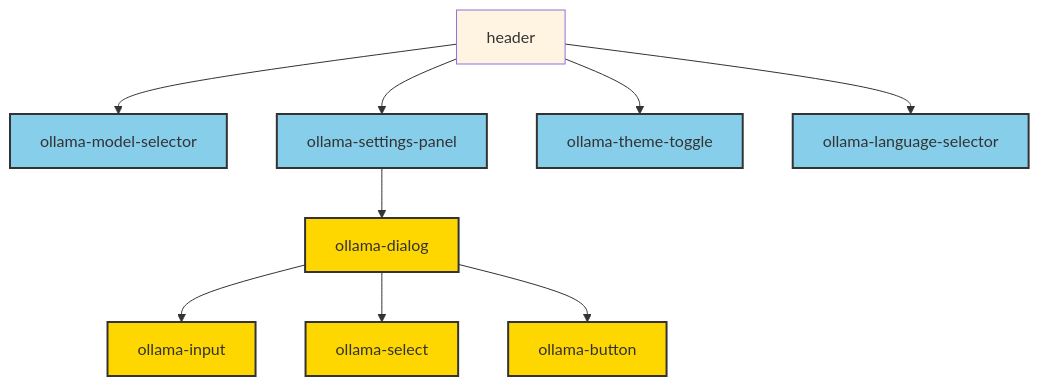
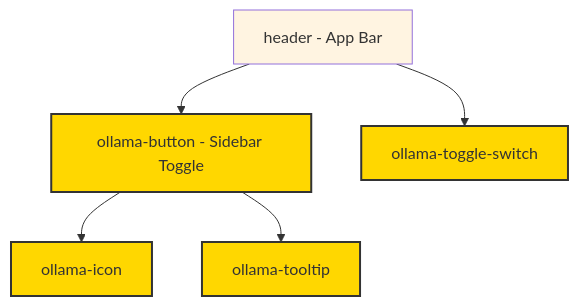
Before and after one commit to Gr8Gatsby/ollama-chat: the second of 10 diagrams in docs/development.md, drawn with Mermaid. The commit also changed other lines of this file and 12 other files, not shown here.

````diff
--- a/docs/development.md
+++ b/docs/development.md
@@ -111,20 +120,14 @@
 ```mermaid
 graph TD
-    B[header] --> B1[ollama-model-selector]
-    B --> B2[ollama-settings-panel]
-    B --> B3[ollama-theme-toggle]
-    B --> B4[ollama-language-selector]
-    
-    B2 --> S1[ollama-dialog]
-    S1 --> S2[ollama-input]
-    S1 --> S3[ollama-select]
-    S1 --> S4[ollama-button]
-    
-    style B fill:#fff4e1
-    
+    B1[header - App Bar] --> H0[ollama-button - Sidebar Toggle]
+    H0 --> H0I[ollama-icon]
+    H0 --> H0T[ollama-tooltip]
+    B1 --> H1[ollama-toggle-switch]
+
+    style B1 fill:#fff4e1
+
     classDef baseComponent fill:#ffd700,stroke:#333,stroke-width:2px
     classDef featureComponent fill:#87ceeb,stroke:#333,stroke-width:2px
     
-    class B1,B2,B3,B4 featureComponent
-    class S1,S2,S3,S4 baseComponent
+    class H0,H0I,H0T,H1 baseComponent
 ```
````
